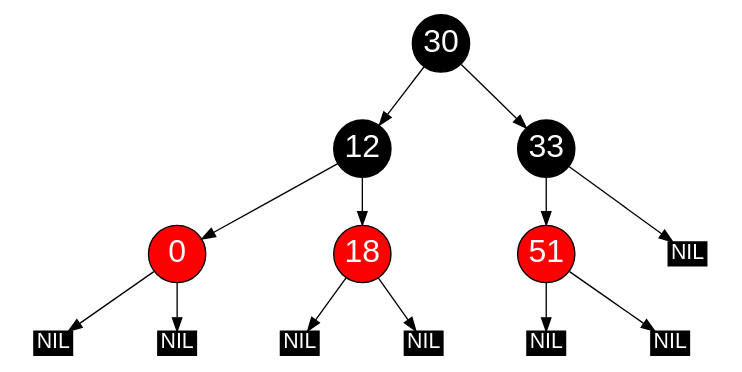
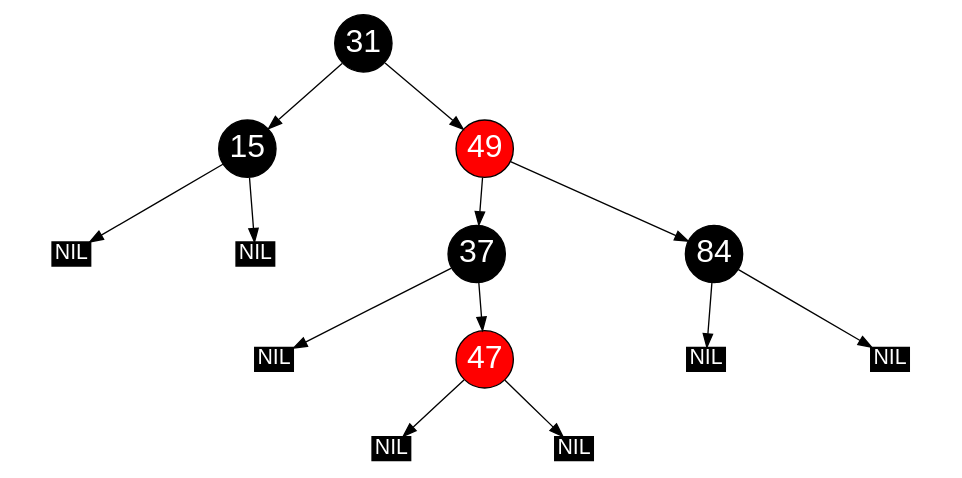
One commit to gbshschmlu/hs_fulda changed the diagram in wise2025/algorithmen_und_datenstrukturen/testat2/dot_output/tree_06.dot. Above: the diagram before and after it, drawn with Graphviz. The commit also changed 46 other files, not shown here.

```diff
--- a/wise2025/algorithmen_und_datenstrukturen/testat2/dot_output/tree_06.dot
+++ b/wise2025/algorithmen_und_datenstrukturen/testat2/dot_output/tree_06.dot
@@ -1,26 +1,34 @@
 // Red Black Tree
 digraph G {
 	graph [ratio=.48];
 	node [style=filled, color=black, shape=circle, width=.6
 		fontname=Helvetica, fontweight=bold, fontcolor=white,
 		fontsize=24, fixedsize=true];
 
-	0, 18, 51
-	[fillcolor=red];
+	n0 [label="31"];
+	n1 [label="15"];
+	nil0 [label="NIL", shape=record, width=.4, height=.25, fontsize=16];
+	nil1 [label="NIL", shape=record, width=.4, height=.25, fontsize=16];
+	n2 [label="49", fillcolor=red];
+	n3 [label="37"];
+	nil2 [label="NIL", shape=record, width=.4, height=.25, fontsize=16];
+	n4 [label="47", fillcolor=red];
+	nil3 [label="NIL", shape=record, width=.4, height=.25, fontsize=16];
+	nil4 [label="NIL", shape=record, width=.4, height=.25, fontsize=16];
+	n5 [label="84"];
+	nil5 [label="NIL", shape=record, width=.4, height=.25, fontsize=16];
+	nil6 [label="NIL", shape=record, width=.4, height=.25, fontsize=16];
 
-	nil0, nil1, nil2, nil3, nil4, nil5, nil6
-	[label="NIL", shape=record, width=.4, height=.25, fontsize=16];
-
-	30 -> 12;
-	12 -> 0;
-	0 -> nil0;
-	0 -> nil1;
-	12 -> 18;
-	18 -> nil2;
-	18 -> nil3;
-	30 -> 33;
-	33 -> nil4;
-	33 -> 51;
-	51 -> nil5;
-	51 -> nil6;
+	n1 -> nil0;
+	n1 -> nil1;
+	n0 -> n1;
+	n3 -> nil2;
+	n4 -> nil3;
+	n4 -> nil4;
+	n3 -> n4;
+	n2 -> n3;
+	n5 -> nil5;
+	n5 -> nil6;
+	n2 -> n5;
+	n0 -> n2;
 }
```
